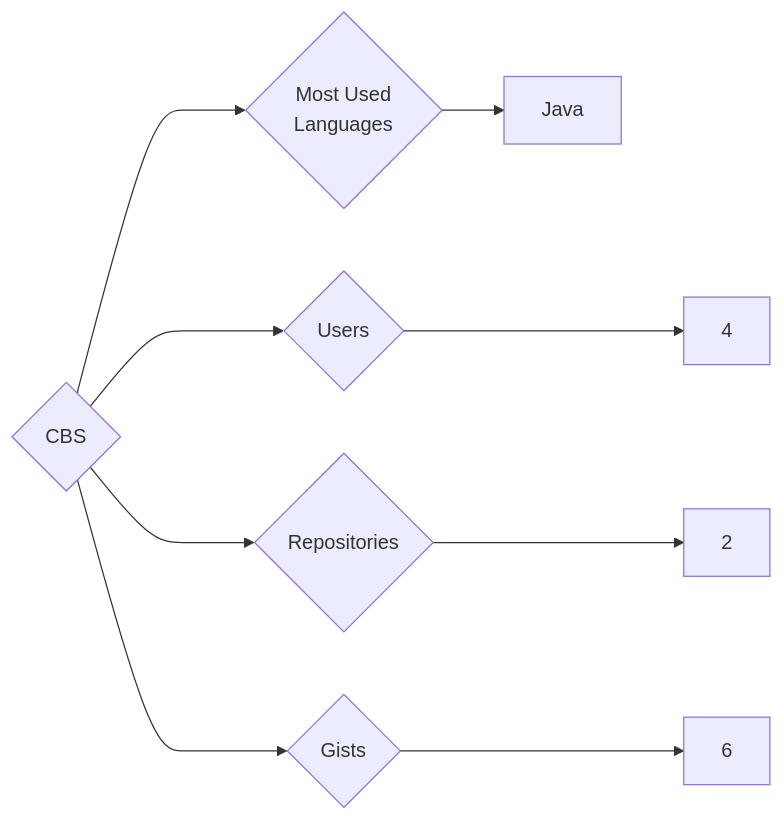
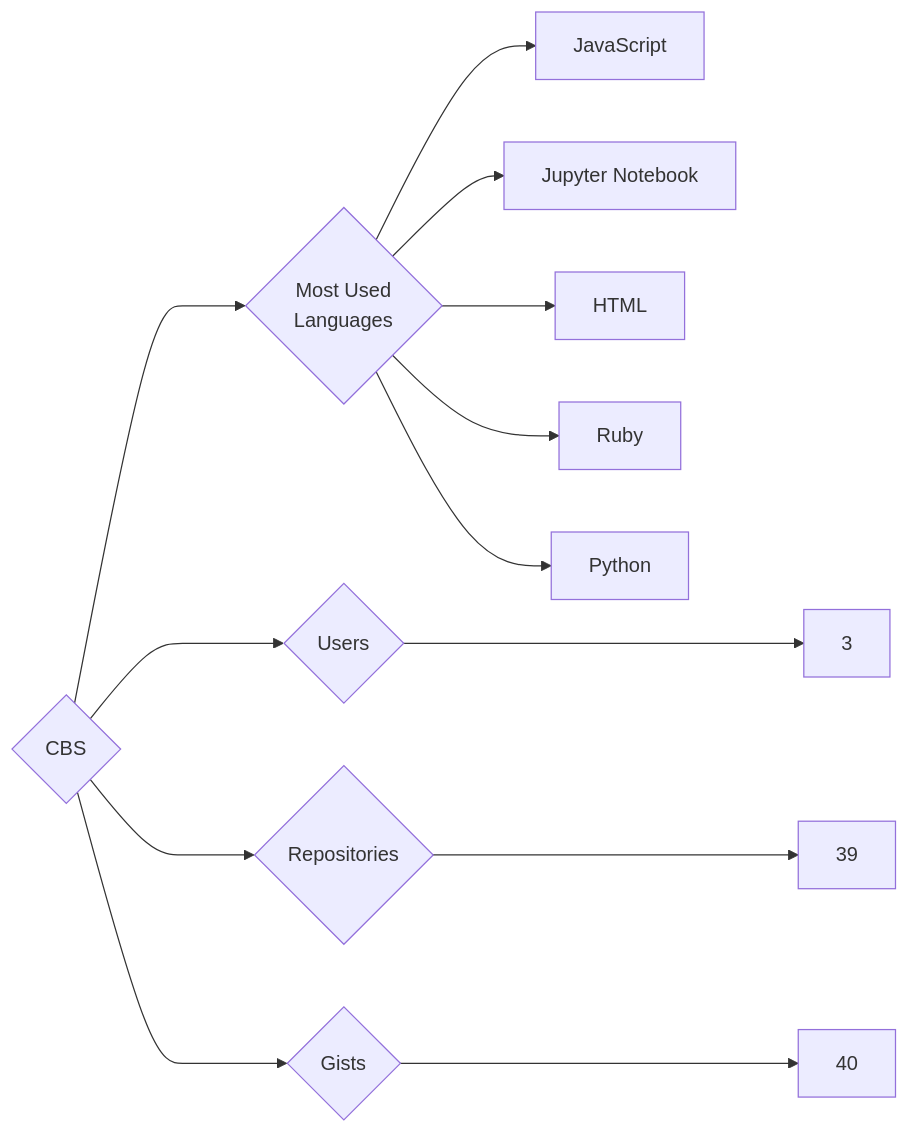
Before and after one commit to trickest/insiders: the diagram in targets/CBS/README.md, drawn with Mermaid. The commit also changed 838 other files, not shown here.

````diff
--- a/targets/CBS/README.md
+++ b/targets/CBS/README.md
@@ -3,9 +3,13 @@
 ```mermaid
 graph LR
 COMPANY_NAME{CBS}
-COMPANY_NAME ---> U{Users} ---> UN[4]
-COMPANY_NAME ---> R{Repositories} ---> RN[2]
-COMPANY_NAME ---> G{Gists} ---> GN[6]
+COMPANY_NAME ---> U{Users} ---> UN[3]
+COMPANY_NAME ---> R{Repositories} ---> RN[39]
+COMPANY_NAME ---> G{Gists} ---> GN[40]
 COMPANY_NAME ---> ML{Most Used<br>Languages}
-ML --> Java[Java]
+ML --> JavaScript[JavaScript]
+ML --> Jupyter_Notebook[Jupyter Notebook]
+ML --> HTML[HTML]
+ML --> Ruby[Ruby]
+ML --> Python[Python]
 ```
````
